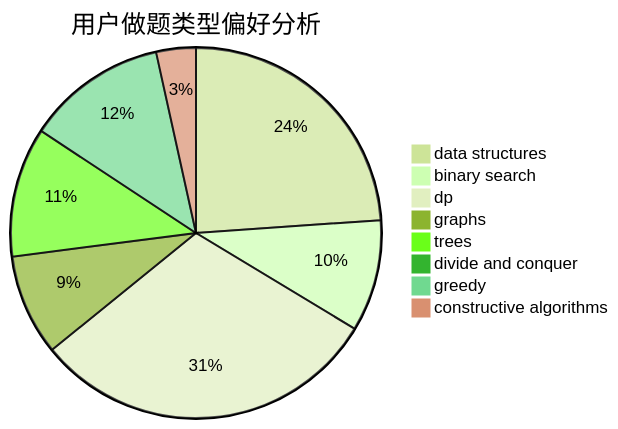
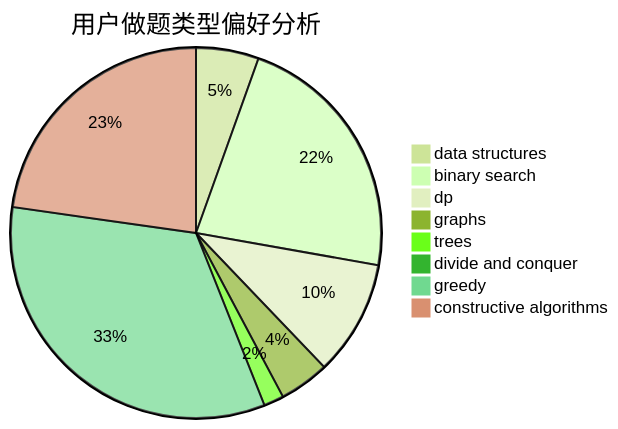
One commit to sherpahu/cfrs.github.io changed the second of 3 diagrams in docs/user/u1894.md. Above: the diagram before and after it, drawn with Mermaid (forest theme). The commit also changed other lines of this file and 2770 other files, not shown here.

````diff
--- a/docs/user/u1894.md
+++ b/docs/user/u1894.md
@@ -23,11 +23,11 @@
 ```mermaid
 pie title 用户做题类型偏好分析
-    "data structures" :  76
-    "binary search" :  31
-    "dp" :  97
-    "graphs" :  28
-    "trees" :  36
+    "data structures" :  25
+    "binary search" :  102
+    "dp" :  46
+    "graphs" :  20
+    "trees" :  8
     "divide and conquer" :  0
-    "greedy" :  39
-    "constructive algorithms" :  11
+    "greedy" :  152
+    "constructive algorithms" :  104
 ```
````
